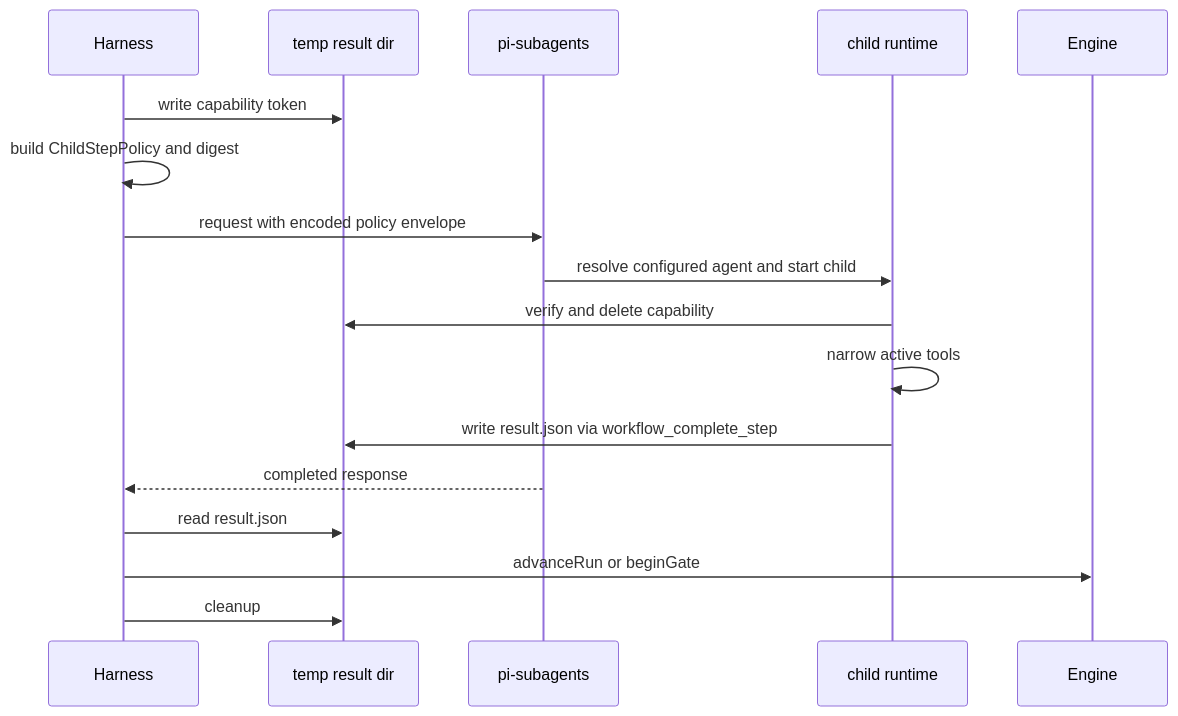
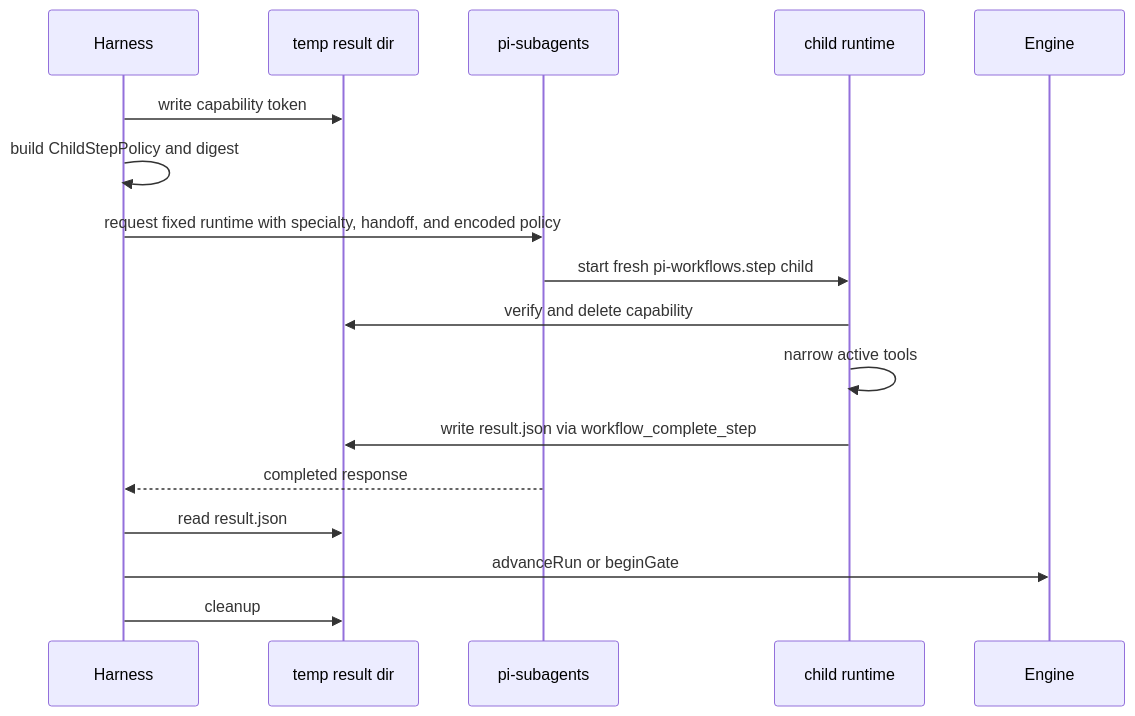
Before and after one commit to wichayutdew/pi-workflows: the fourth of 7 diagrams in openwiki/architecture/runtime-lifecycle.md, drawn with Mermaid. The commit also changed other lines of this file and 32 other files, not shown here.

````diff
--- a/openwiki/architecture/runtime-lifecycle.md
+++ b/openwiki/architecture/runtime-lifecycle.md
@@ -75,20 +75,20 @@
 ```mermaid
 sequenceDiagram
   participant Harness
   participant Tmp as temp result dir
   participant Sub as pi-subagents
   participant Child as child runtime
   participant Engine
 
   Harness->>Tmp: write capability token
   Harness->>Harness: build ChildStepPolicy and digest
-  Harness->>Sub: request with encoded policy envelope
-  Sub->>Child: resolve configured agent and start child
+  Harness->>Sub: request fixed runtime with specialty, handoff, and encoded policy
+  Sub->>Child: start fresh pi-workflows.step child
   Child->>Tmp: verify and delete capability
   Child->>Child: narrow active tools
   Child->>Tmp: write result.json via workflow_complete_step
   Sub-->>Harness: completed response
   Harness->>Tmp: read result.json
   Harness->>Engine: advanceRun or beginGate
   Harness->>Tmp: cleanup
 ```
````
